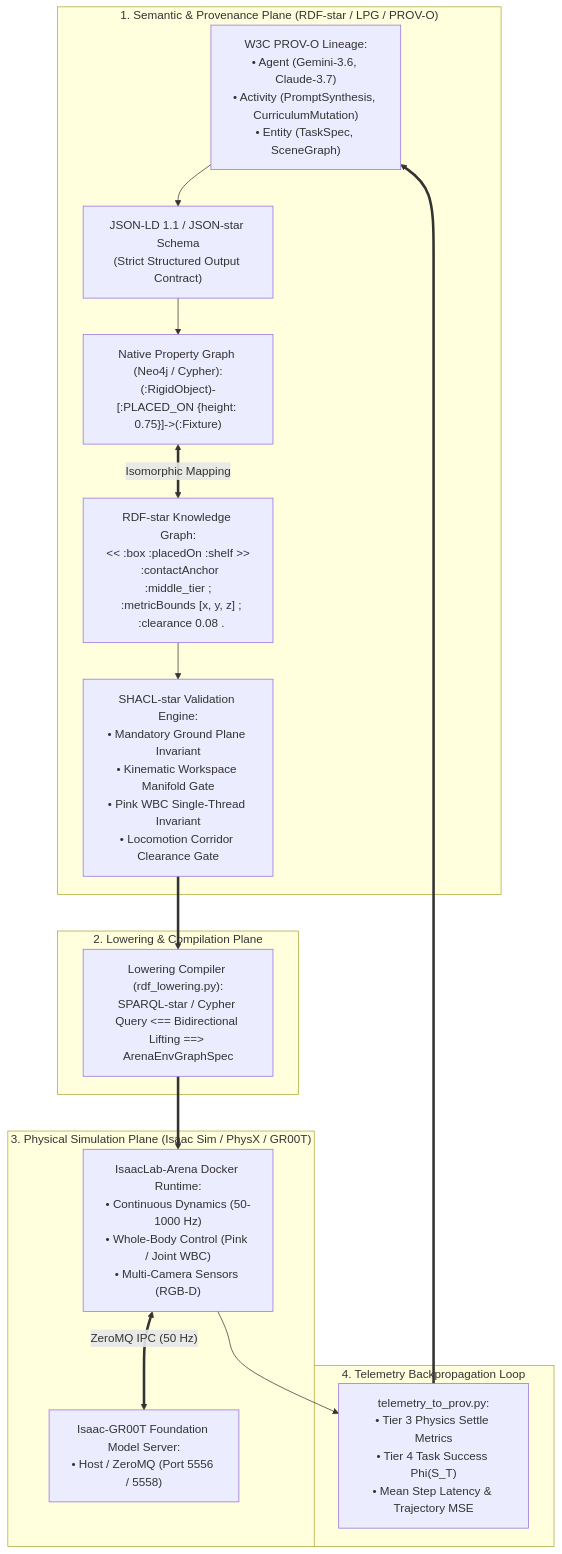
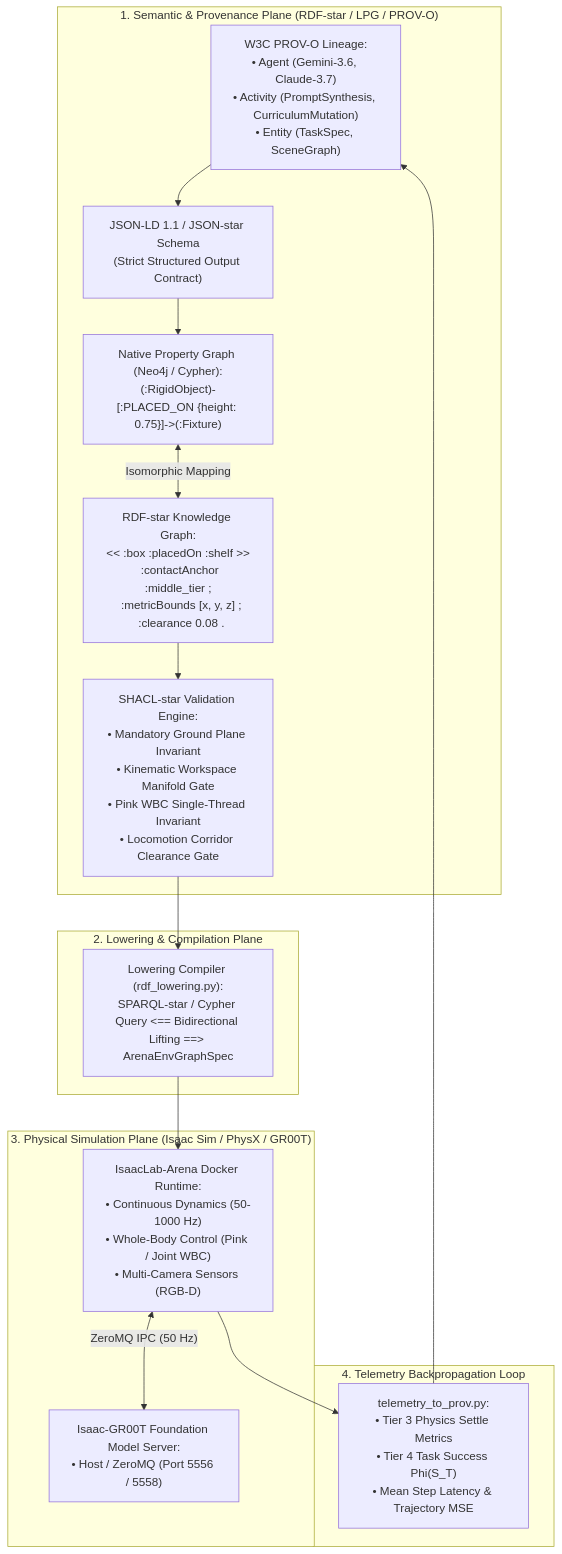
The first of 13 diagrams in .agents/references/agentic_env_generation/rdf_star_lpg_provo_plan.md (boredengineering/IsaacLab-Arena), drawn with Mermaid before and after one commit. The commit also changed other lines of this file and 8 other files, not shown here.

Commit message:
added improvement to docs and the new graph algorithm

````diff
--- a/.agents/references/agentic_env_generation/rdf_star_lpg_provo_plan.md
+++ b/.agents/references/agentic_env_generation/rdf_star_lpg_provo_plan.md
@@ -20,30 +20,33 @@
 ```mermaid
 flowchart TD
     subgraph KNOWLEDGE_PLANE ["1. Semantic & Provenance Plane (RDF-star / LPG / PROV-O)"]
-        PROV["W3C PROV-O Lineage:\n• Agent (Gemini-3.6, Claude-3.7)\n• Activity (PromptSynthesis, CurriculumMutation)\n• Entity (TaskSpec, SceneGraph)"]
-        JSON_LD["JSON-LD 1.1 / JSON-star Schema\n(Strict Structured Output Contract)"]
-        LPG_STORE["Native Property Graph (Neo4j / Cypher):\n(:RigidObject)-[:PLACED_ON {height: 0.75}]->(:Fixture)"]
-        RDF_STAR["RDF-star Knowledge Graph:\n<< :box :placedOn :shelf >>\n  :contactAnchor :middle_tier ;\n  :metricBounds [x, y, z] ;\n  :clearance 0.08 ."]
-        SHACL["SHACL-star Validation Engine:\n• Mandatory Ground Plane Invariant\n• Kinematic Workspace Manifold Gate\n• Pink WBC Single-Thread Invariant\n• Locomotion Corridor Clearance Gate"]
+        PROV["W3C PROV-O Lineage:<br/>• Agent (Gemini-3.6, Claude-3.7)<br/>• Activity (PromptSynthesis, CurriculumMutation)<br/>• Entity (TaskSpec, SceneGraph)"]
+        JSON_LD["JSON-LD 1.1 / JSON-star Schema<br/>(Strict Structured Output Contract)"]
+        LPG_STORE["Native Property Graph (Neo4j / Cypher):<br/>(:RigidObject)-[:PLACED_ON {height: 0.75}]->(:Fixture)"]
+        RDF_STAR["RDF-star Knowledge Graph:<br/>&lt;&lt; :box :placedOn :shelf &gt;&gt;<br/>  :contactAnchor :middle_tier ;<br/>  :metricBounds [x, y, z] ;<br/>  :clearance 0.08 ."]
+        SHACL["SHACL-star Validation Engine:<br/>• Mandatory Ground Plane Invariant<br/>• Kinematic Workspace Manifold Gate<br/>• Pink WBC Single-Thread Invariant<br/>• Locomotion Corridor Clearance Gate"]
         
-        PROV --> JSON_LD --> LPG_STORE <== "Isomorphic Mapping" ==> RDF_STAR --> SHACL
+        PROV --> JSON_LD
+        JSON_LD --> LPG_STORE
+        LPG_STORE <-->|"Isomorphic Mapping"| RDF_STAR
+        RDF_STAR --> SHACL
     end
 
     subgraph COMPILER_PLANE ["2. Lowering & Compilation Plane"]
-        LOWER["Lowering Compiler (rdf_lowering.py):\nSPARQL-star / Cypher Query <== Bidirectional Lifting ==> ArenaEnvGraphSpec"]
-        SHACL ==> LOWER
+        LOWER["Lowering Compiler (rdf_lowering.py):<br/>SPARQL-star / Cypher Query &lt;== Bidirectional Lifting ==&gt; ArenaEnvGraphSpec"]
+        SHACL --> LOWER
     end
 
     subgraph SIMULATION_PLANE ["3. Physical Simulation Plane (Isaac Sim / PhysX / GR00T)"]
-        DOCKER_SIM["IsaacLab-Arena Docker Runtime:\n• Continuous Dynamics (50-1000 Hz)\n• Whole-Body Control (Pink / Joint WBC)\n• Multi-Camera Sensors (RGB-D)"]
-        GR00T_SRV["Isaac-GR00T Foundation Model Server:\n• Host / ZeroMQ (Port 5556 / 5558)"]
-        LOWER ==> DOCKER_SIM
-        DOCKER_SIM <== "ZeroMQ IPC (50 Hz)" ==> GR00T_SRV
+        DOCKER_SIM["IsaacLab-Arena Docker Runtime:<br/>• Continuous Dynamics (50-1000 Hz)<br/>• Whole-Body Control (Pink / Joint WBC)<br/>• Multi-Camera Sensors (RGB-D)"]
+        GR00T_SRV["Isaac-GR00T Foundation Model Server:<br/>• Host / ZeroMQ (Port 5556 / 5558)"]
+        LOWER --> DOCKER_SIM
+        DOCKER_SIM <-->|"ZeroMQ IPC (50 Hz)"| GR00T_SRV
     end
 
     subgraph TELEMETRY_PLANE ["4. Telemetry Backpropagation Loop"]
-        FEEDBACK["telemetry_to_prov.py:\n• Tier 3 Physics Settle Metrics\n• Tier 4 Task Success Phi(S_T)\n• Mean Step Latency & Trajectory MSE"]
+        FEEDBACK["telemetry_to_prov.py:<br/>• Tier 3 Physics Settle Metrics<br/>• Tier 4 Task Success Phi(S_T)<br/>• Mean Step Latency & Trajectory MSE"]
         DOCKER_SIM --> FEEDBACK
-        FEEDBACK ==> PROV
+        FEEDBACK --> PROV
     end
 ```
````
